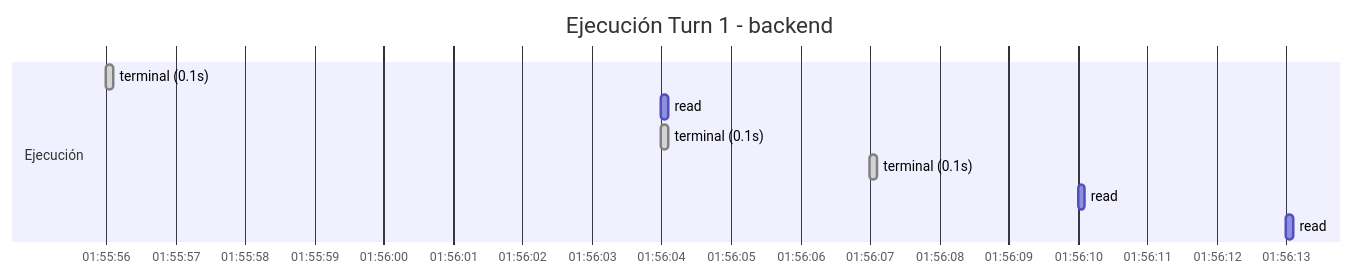
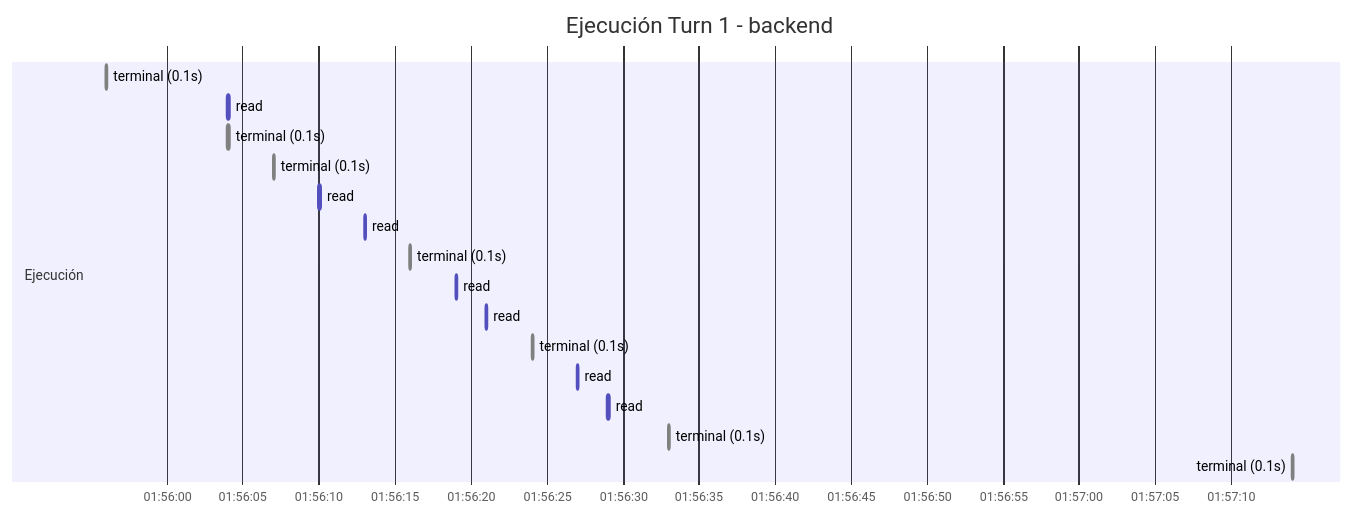
The diagram in .ponytail/traces/2026-07-09_auto_recovered_f8f2807bf34f/backend_f8f2807bf34f.md (luisdalmasso/orquestador-contamela), drawn with Mermaid before and after one commit. The commit also changed other lines of this file, not shown here.

````diff
--- a/.ponytail/traces/2026-07-09_auto_recovered_f8f2807bf34f/backend_f8f2807bf34f.md
+++ b/.ponytail/traces/2026-07-09_auto_recovered_f8f2807bf34f/backend_f8f2807bf34f.md
@@ -151,14 +151,22 @@
 ```mermaid
 gantt
     title Ejecución Turn 1 - backend
     dateFormat  HH:mm:ss
     axisFormat  %H:%M:%S
 
     section Ejecución
     terminal (0.1s)  :done, 01:55:56, 0.1s
     read: (0.1s)  :done, 01:56:04, 0.1s
     terminal (0.1s)  :done, 01:56:04, 0.1s
     terminal (0.1s)  :done, 01:56:07, 0.1s
     read: (0.1s)  :done, 01:56:10, 0.1s
     read: (0.1s)  :done, 01:56:13, 0.1s
+    terminal (0.1s)  :done, 01:56:16, 0.1s
+    read: (0.1s)  :done, 01:56:19, 0.1s
+    read: (0.1s)  :done, 01:56:21, 0.1s
+    terminal (0.1s)  :done, 01:56:24, 0.1s
+    read: (0.1s)  :done, 01:56:27, 0.1s
+    read: (0.1s)  :done, 01:56:29, 0.1s
+    terminal (0.1s)  :done, 01:56:33, 0.1s
+    terminal (0.1s)  :done, 01:57:14, 0.1s
 ```
````
